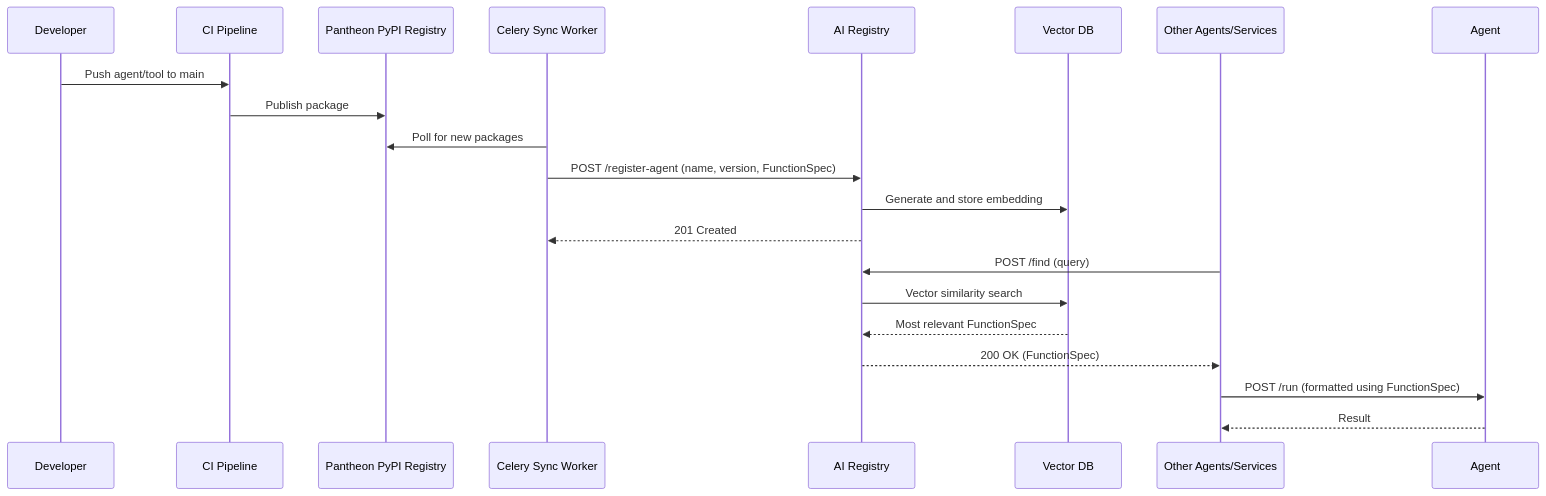
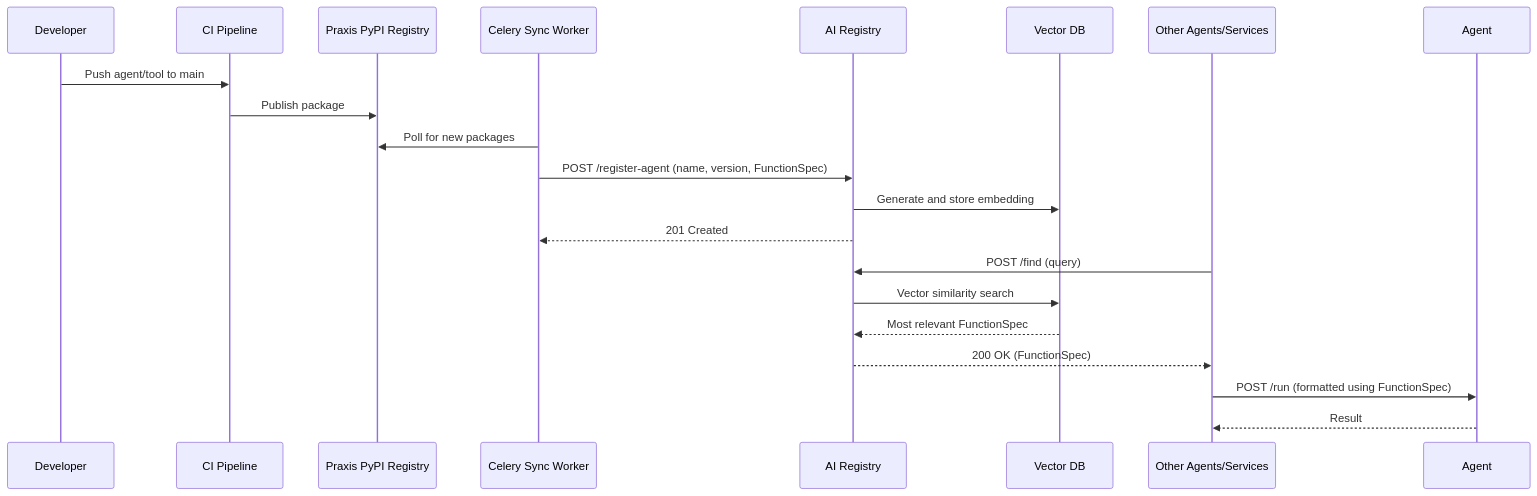
Before and after one commit to k1llzz/test: the first of 2 diagrams in services/ai-registry/ai-registry.md, drawn with Mermaid. The commit also changed other lines of this file, not shown here.

````diff
--- a/services/ai-registry/ai-registry.md
+++ b/services/ai-registry/ai-registry.md
@@ -44,25 +44,25 @@
 ```mermaid
 sequenceDiagram
     participant Dev as Developer
     participant CI as CI Pipeline
-    participant PyPI as Pantheon PyPI Registry
+    participant PyPI as Praxis PyPI Registry
     participant Celery as Celery Sync Worker
     participant Registry as AI Registry
     participant Qdrant as Vector DB
     participant Client as Other Agents/Services
 
     Dev->>CI: Push agent/tool to main
     CI->>PyPI: Publish package
     Celery->>PyPI: Poll for new packages
     Celery->>Registry: POST /register-agent (name, version, FunctionSpec)
     Registry->>Qdrant: Generate and store embedding
     Registry-->>Celery: 201 Created
 
     Client->>Registry: POST /find (query)
     Registry->>Qdrant: Vector similarity search
     Qdrant-->>Registry: Most relevant FunctionSpec
     Registry-->>Client: 200 OK (FunctionSpec)
 
     Client->>Agent: POST /run (formatted using FunctionSpec)
     Agent-->>Client: Result
 ```
````
